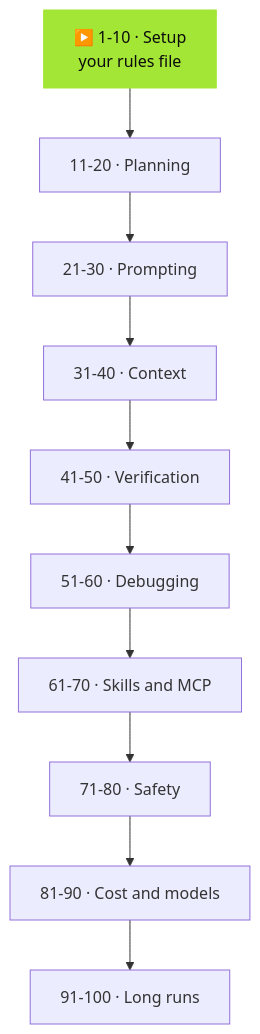
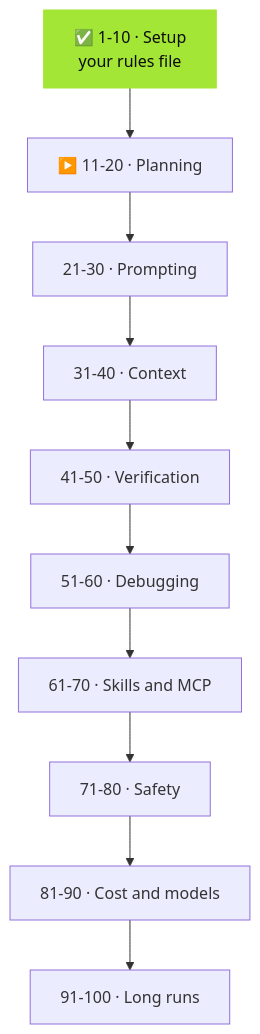
One commit to sebuzdugan/100-tricks-lab changed the second of 2 diagrams in README.md. Above: the diagram before and after it, drawn with Mermaid. The commit also changed other lines of this file and 76 other files, not shown here.

````diff
--- a/README.md
+++ b/README.md
@@ -57,6 +60,6 @@
 ```mermaid
 flowchart TB
-  M1["▶️ 1-10 · Setup<br>your rules file"] --> M2["11-20 · Planning"] --> M3["21-30 · Prompting"] --> M4["31-40 · Context"] --> M5["41-50 · Verification"]
+  M1["✅ 1-10 · Setup<br>your rules file"] --> M2["▶️ 11-20 · Planning"] --> M3["21-30 · Prompting"] --> M4["31-40 · Context"] --> M5["41-50 · Verification"]
   M5 --> M6["51-60 · Debugging"] --> M7["61-70 · Skills and MCP"] --> M8["71-80 · Safety"] --> M9["81-90 · Cost and models"] --> M10["91-100 · Long runs"]
   style M1 fill:#A3E635,stroke:#A3E635,color:#0B0B0D
 ```
````
